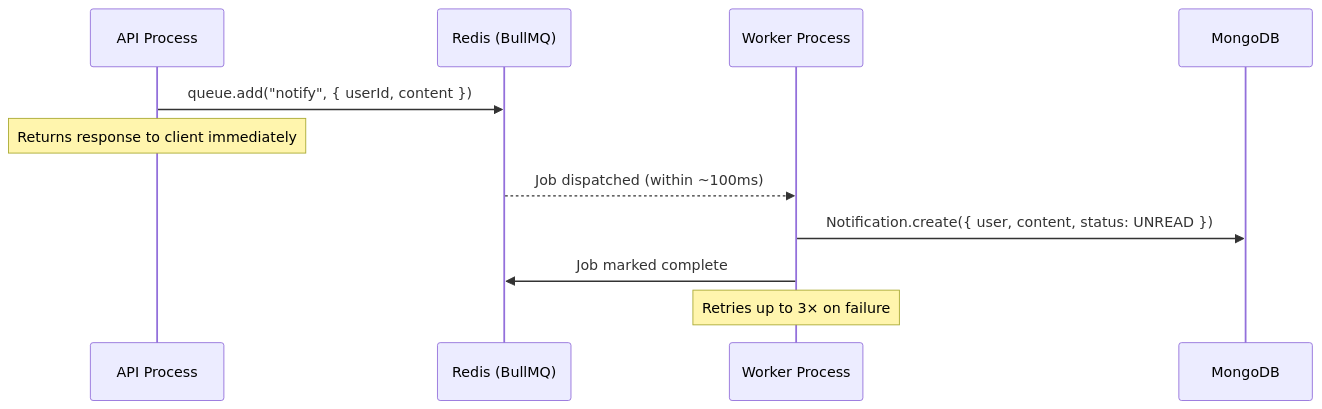
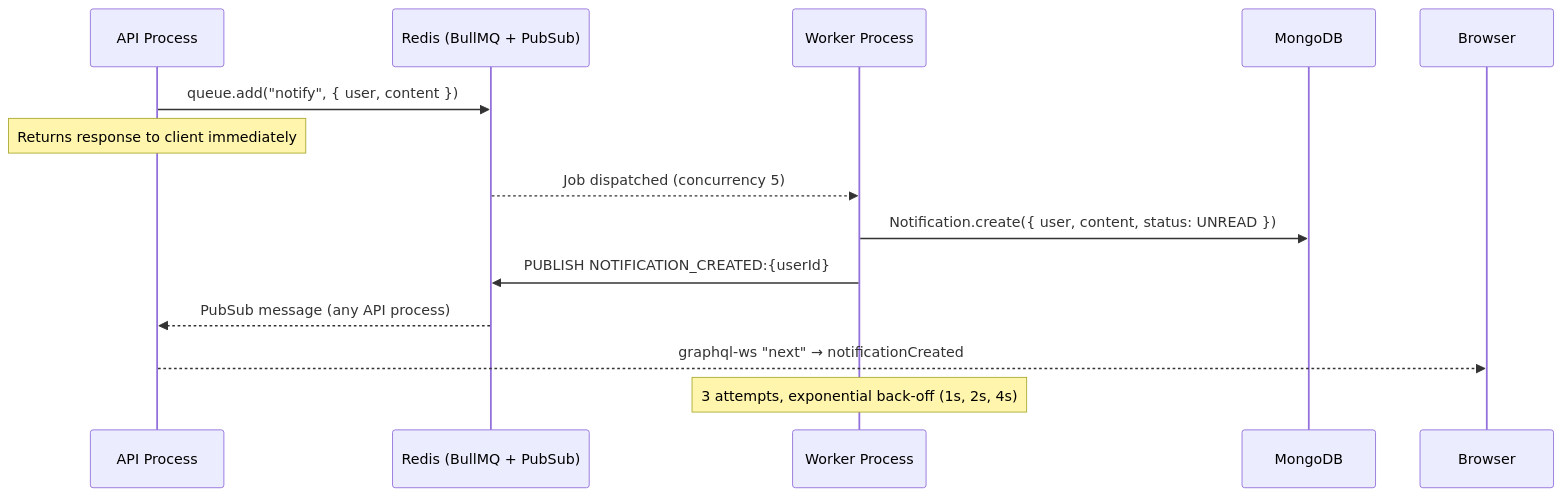
Before and after one commit to Ashish911/projectManagement: the fourth of 4 diagrams in docs/SYSTEM_DESIGN.md, drawn with Mermaid. The commit also changed other lines of this file and 14 other files, not shown here.

````diff
--- a/docs/SYSTEM_DESIGN.md
+++ b/docs/SYSTEM_DESIGN.md
@@ -384,14 +410,17 @@
 ```mermaid
 sequenceDiagram
     participant API as API Process
-    participant Redis as Redis (BullMQ)
+    participant Redis as Redis (BullMQ + PubSub)
     participant Worker as Worker Process
     participant DB as MongoDB
+    participant Browser
 
-    API->>Redis: queue.add("notify", { userId, content })
+    API->>Redis: queue.add("notify", { user, content })
     Note over API: Returns response to client immediately
-    Redis-->>Worker: Job dispatched (within ~100ms)
+    Redis-->>Worker: Job dispatched (concurrency 5)
     Worker->>DB: Notification.create({ user, content, status: UNREAD })
-    Worker->>Redis: Job marked complete
-    Note over Worker: Retries up to 3× on failure
+    Worker->>Redis: PUBLISH NOTIFICATION_CREATED:{userId}
+    Redis-->>API: PubSub message (any API process)
+    API-->>Browser: graphql-ws "next" → notificationCreated
+    Note over Worker: 3 attempts, exponential back-off (1s, 2s, 4s)
 ```
````
